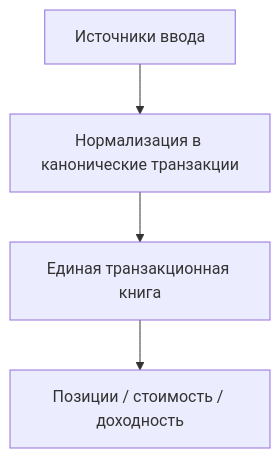
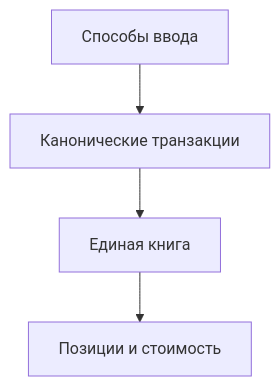
One commit to vowchek/FinFury changed the diagram in docs/architecture/data-entry-modes.md. Above: the diagram before and after it, drawn with Mermaid. The commit also changed other lines of this file and 153 other files, not shown here.

````diff
--- a/docs/architecture/data-entry-modes.md
+++ b/docs/architecture/data-entry-modes.md
@@ -9,6 +5,6 @@
 ```mermaid
 flowchart TD
-    A[Источники ввода] --> N[Нормализация в канонические транзакции]
-    N --> L[Единая транзакционная книга]
-    L --> P[Позиции / стоимость / доходность]
+  Sources[Способы ввода] --> Norm[Канонические транзакции]
+  Norm --> Ledger[Единая книга]
+  Ledger --> Out[Позиции и стоимость]
 ```
````
